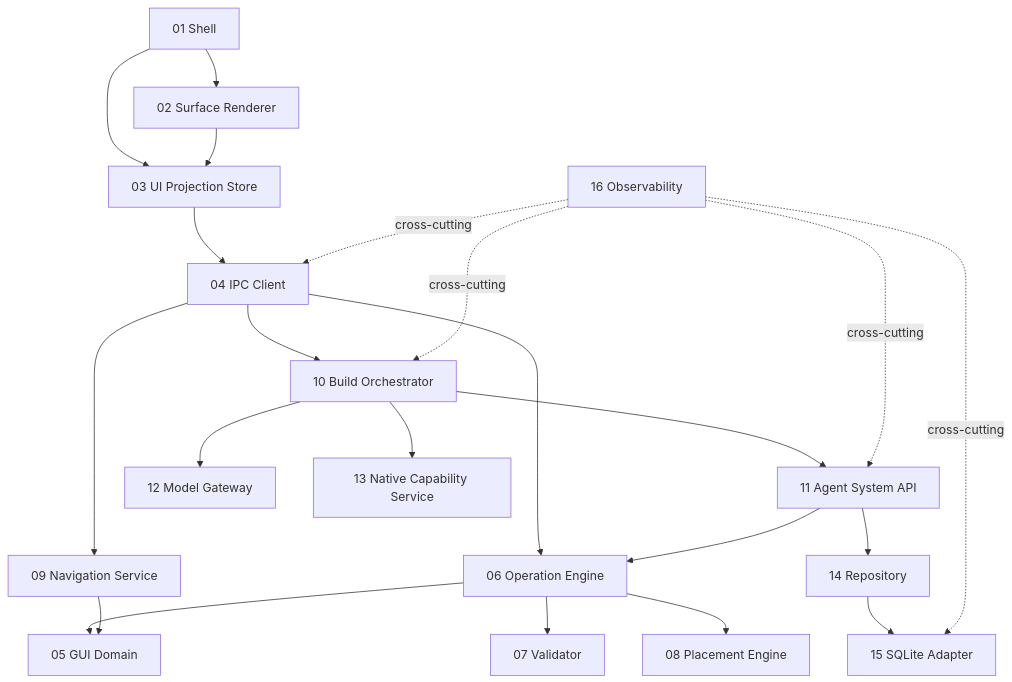
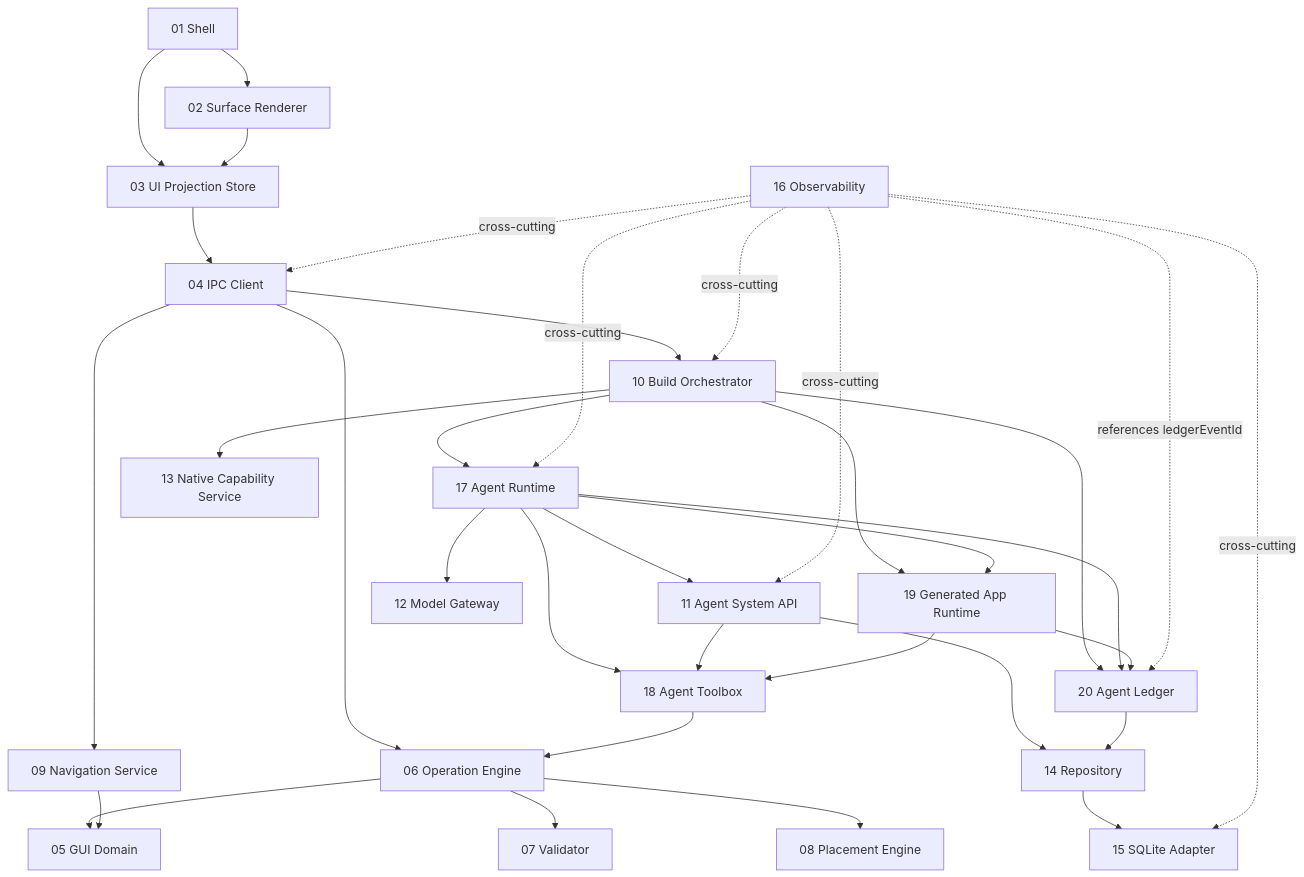
Before and after one commit to cnwuzhh/UIWithAgent: the diagram in docs/modules/README.md, drawn with Mermaid. The commit also changed other lines of this file and 32 other files, not shown here.

Commit message:
Add agent planning runtime and ledger

````diff
--- a/docs/modules/README.md
+++ b/docs/modules/README.md
@@ -28,26 +32,38 @@
 ```mermaid
 flowchart TB
   Shell[01 Shell] --> Renderer[02 Surface Renderer]
   Shell --> Store[03 UI Projection Store]
   Renderer --> Store
   Store --> IPC[04 IPC Client]
   IPC --> Nav[09 Navigation Service]
   IPC --> Build[10 Build Orchestrator]
   IPC --> Ops[06 Operation Engine]
 
   Ops --> Domain[05 GUI Domain]
   Ops --> Validator[07 Validator]
   Ops --> Placement[08 Placement Engine]
   Nav --> Domain
-  Build --> AgentAPI[11 Agent System API]
-  Build --> Model[12 Model Gateway]
-  AgentAPI --> Ops
+  Build --> AgentRuntime[17 Agent Runtime]
+  AgentRuntime --> Toolbox[18 Agent Toolbox]
+  Build --> GeneratedApps[19 Generated App Runtime]
+  AgentRuntime --> GeneratedApps
+  Build --> Ledger[20 Agent Ledger]
+  AgentRuntime --> Ledger
+  GeneratedApps --> Ledger
+  AgentRuntime --> AgentAPI[11 Agent System API]
+  AgentRuntime --> Model[12 Model Gateway]
+  AgentAPI --> Toolbox
+  Toolbox --> Ops
+  GeneratedApps --> Toolbox
   AgentAPI --> Repo[14 Repository]
   Build --> Native[13 Native Capability Service]
+  Ledger --> Repo
   Repo --> SQLite[15 SQLite Adapter]
 
   Observability[16 Observability] -. cross-cutting .-> IPC
   Observability -. cross-cutting .-> Build
+  Observability -. cross-cutting .-> AgentRuntime
   Observability -. cross-cutting .-> AgentAPI
   Observability -. cross-cutting .-> SQLite
+  Observability -. references ledgerEventId .-> Ledger
 ```
````
